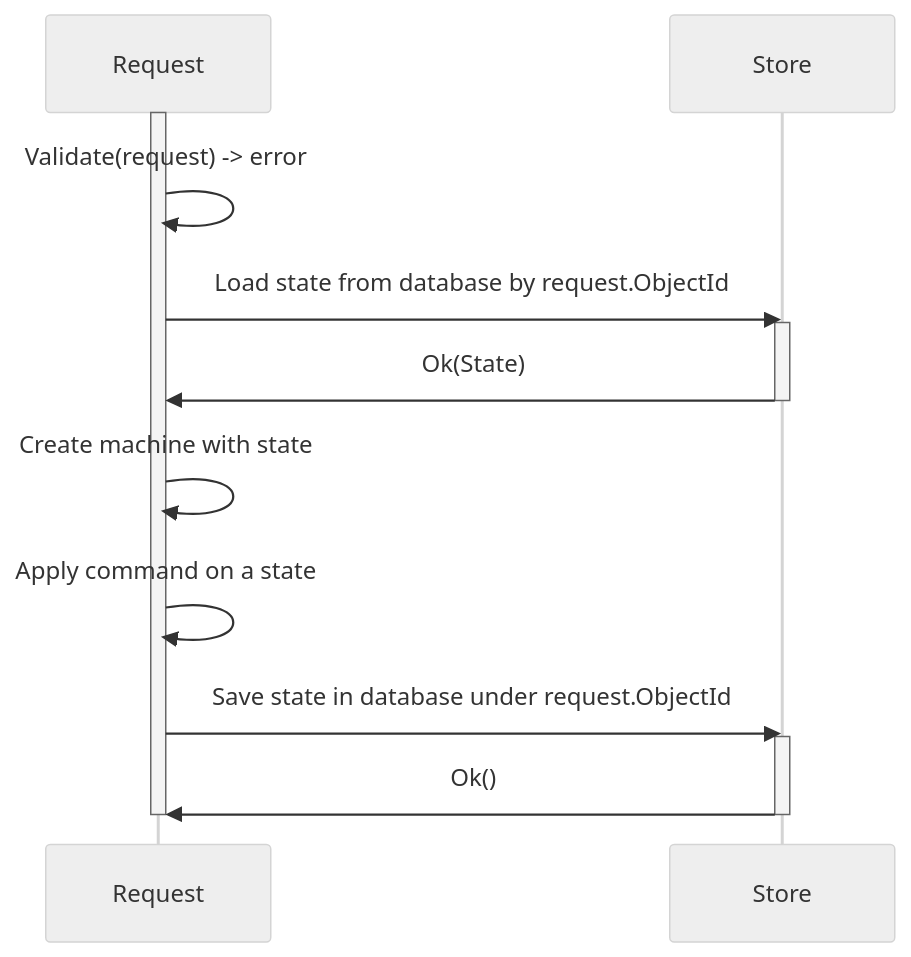
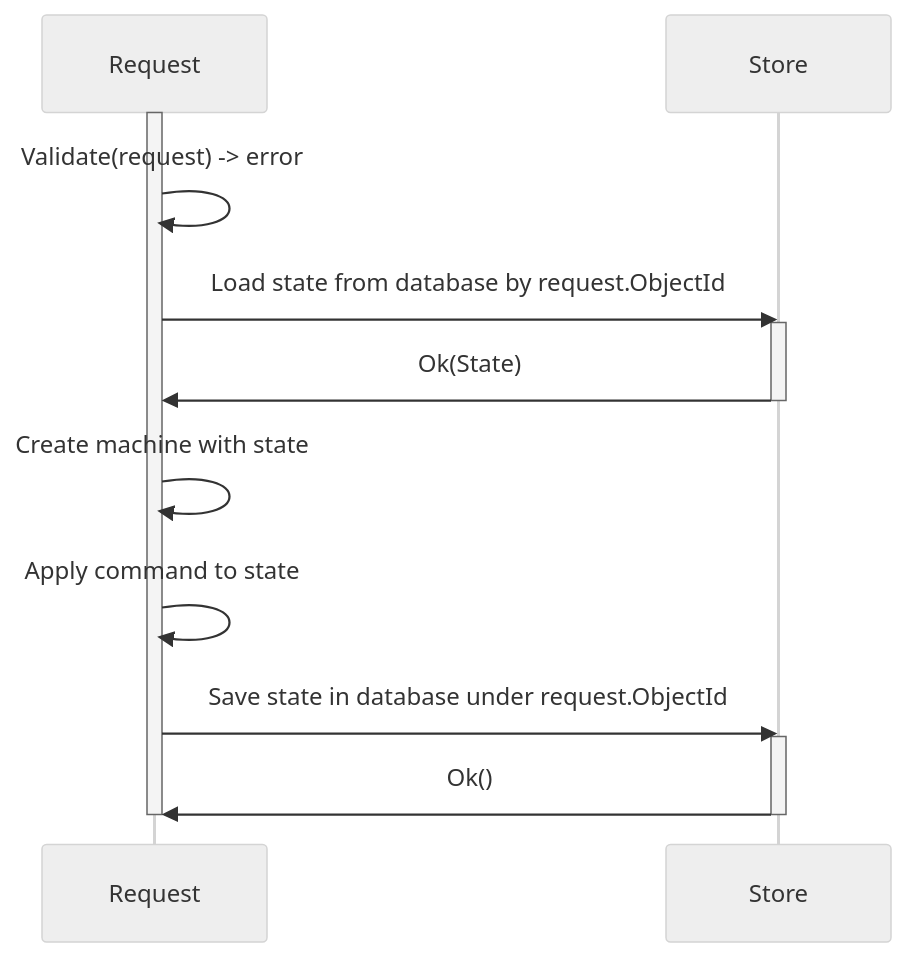
One commit to widmogrod/mkunion changed the diagram in docs/examples/state_storage.md. Above: the diagram before and after it, drawn with Mermaid (neutral theme). The commit also changed other lines of this file and 14 other files, not shown here.

````diff
--- a/docs/examples/state_storage.md
+++ b/docs/examples/state_storage.md
@@ -26,23 +24,23 @@
 ```mermaid
 sequenceDiagram
     participant R as Request
     participant Store as Store
 
     activate R
     R->>R: Validate(request) -> error
     
     R->>Store: Load state from database by request.ObjectId
     activate Store
     Store->>R: Ok(State)
     deactivate Store
     
     R->>R: Create machine with state
-    R->>R: Apply command on a state
+    R->>R: Apply command to state
     
     R->>Store: Save state in database under request.ObjectId
     activate Store
     Store->>R: Ok()
     deactivate Store
     
     deactivate R
 ```
````
